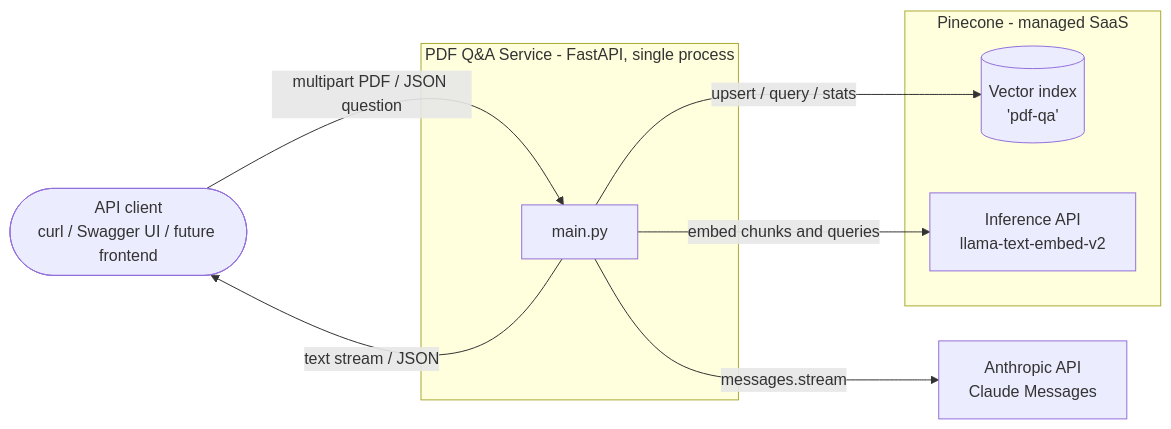
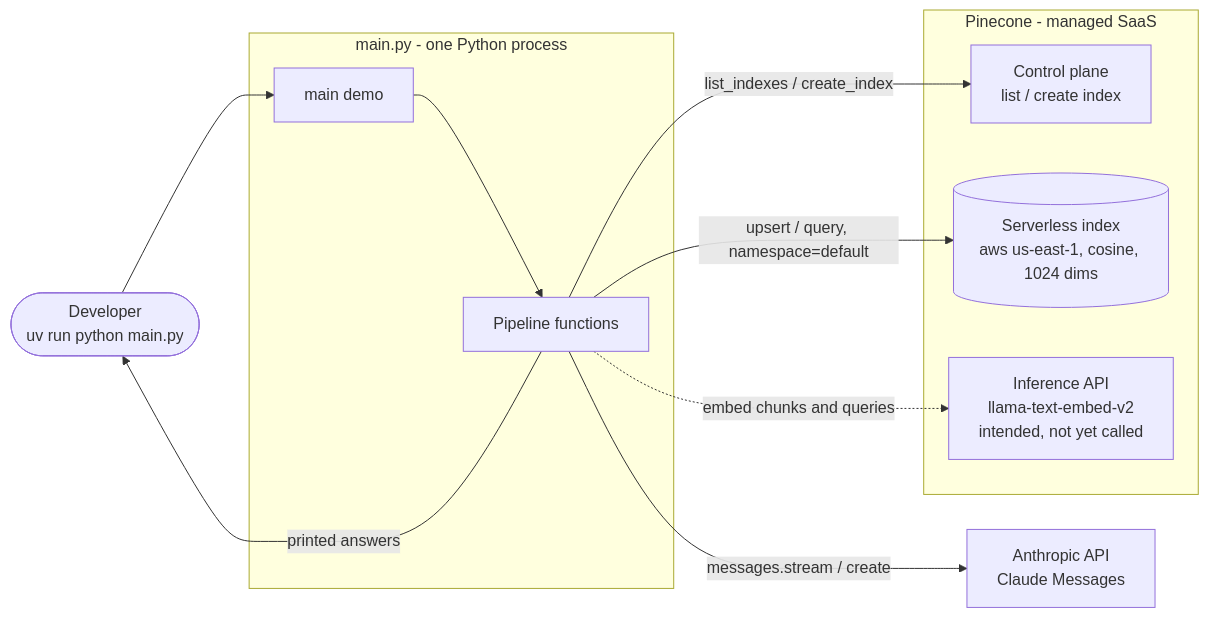
One commit to lsolor/korg-pdf-qa changed the first of 19 diagrams in ARCHITECTURE.md. Above: the diagram before and after it, drawn with Mermaid. The commit also changed other lines of this file, not shown here.

First line of the commit message:
Update ARCHITECTURE.md for the script-based RAG pipeline

````diff
--- a/ARCHITECTURE.md
+++ b/ARCHITECTURE.md
@@ -106,21 +107,24 @@
 ```mermaid
 flowchart LR
-    user([API client<br/>curl / Swagger UI / future frontend])
+    dev([Developer<br/>uv run python main.py])
 
-    subgraph svc [PDF Q&A Service - FastAPI, single process]
-        api[main.py]
+    subgraph proc [main.py - one Python process]
+        demo[main demo]
+        lib[Pipeline functions]
     end
 
     subgraph pinecone [Pinecone - managed SaaS]
-        idx[(Vector index<br/>'pdf-qa')]
-        inf[Inference API<br/>llama-text-embed-v2]
+        cp[Control plane<br/>list / create index]
+        idx[(Serverless index<br/>aws us-east-1, cosine, 1024 dims)]
+        inf[Inference API<br/>llama-text-embed-v2<br/>intended, not yet called]
     end
 
     claude[Anthropic API<br/>Claude Messages]
 
-    user -- "multipart PDF / JSON question" --> api
-    api -- "text stream / JSON" --> user
-    api -- "embed chunks and queries" --> inf
-    api -- "upsert / query / stats" --> idx
-    api -- "messages.stream" --> claude
+    dev --> demo --> lib
+    lib -- "list_indexes / create_index" --> cp
+    lib -- "upsert / query, namespace=default" --> idx
+    lib -. "embed chunks and queries" .-> inf
+    lib -- "messages.stream / create" --> claude
+    lib -- "printed answers" --> dev
 ```
````
